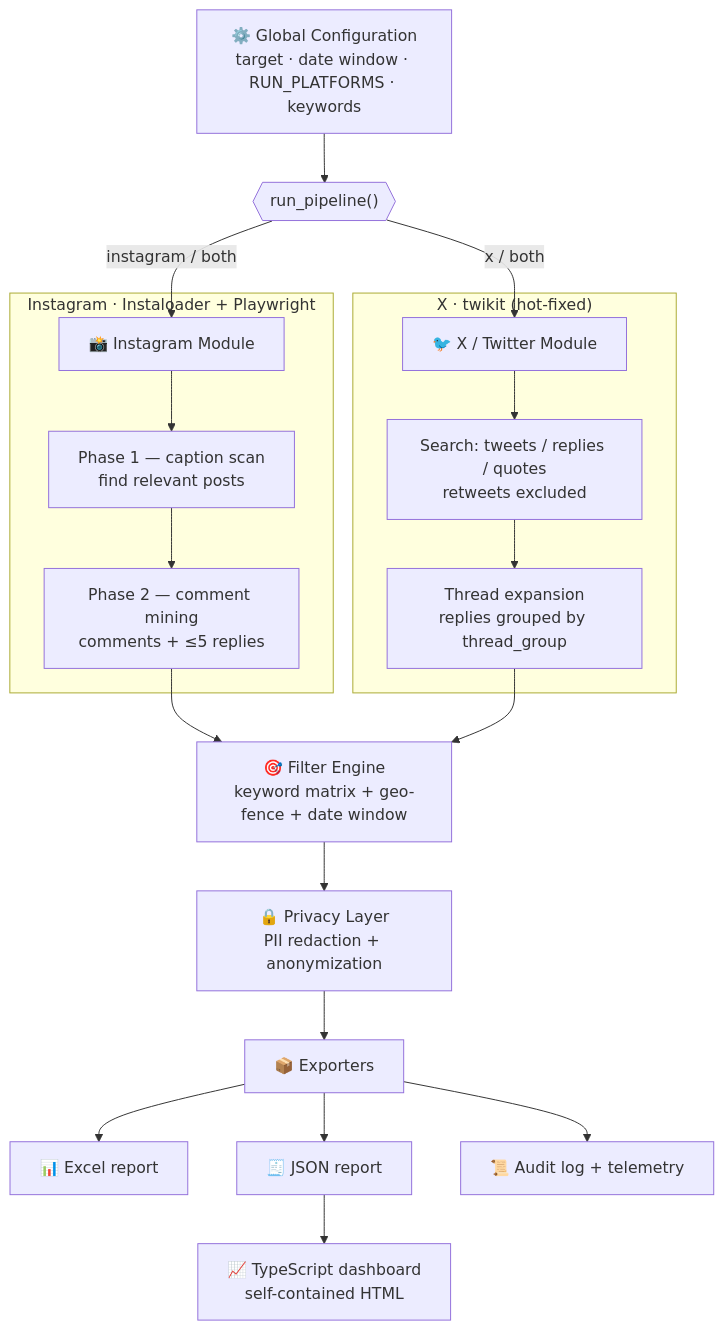
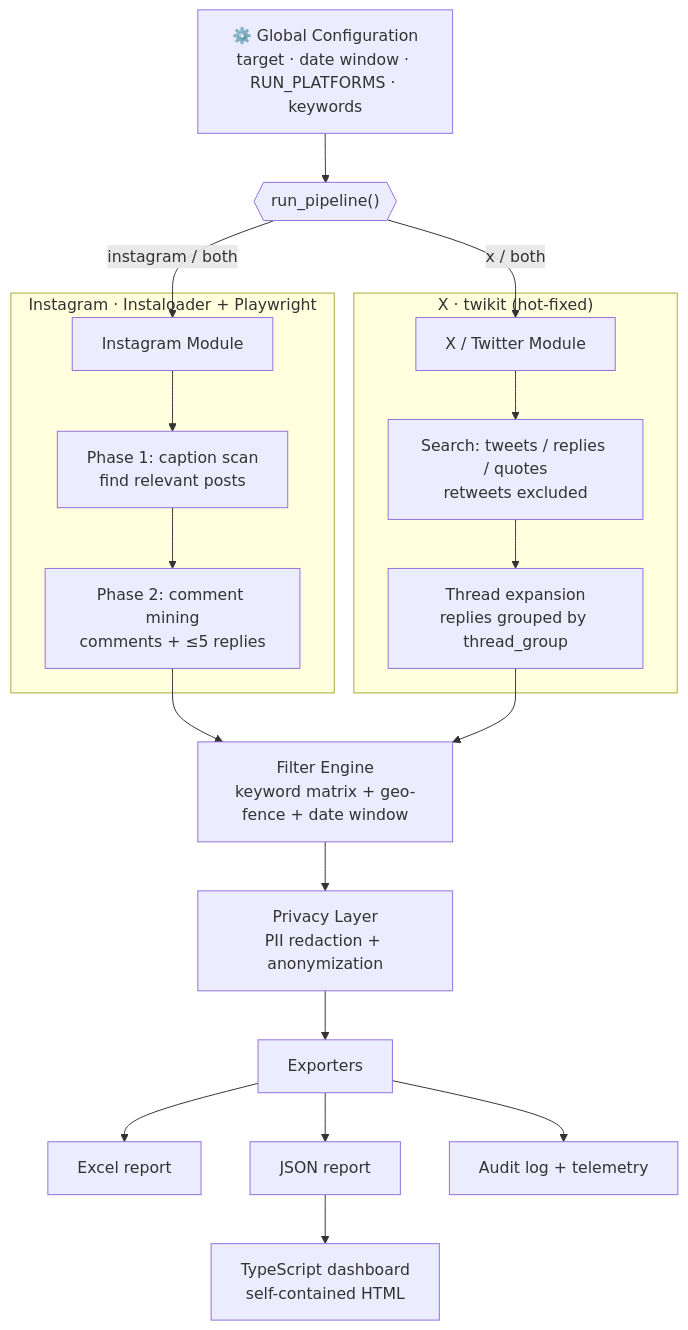
One commit to anasya271-glitch/instagram-x-scraper changed the first of 2 diagrams in README.md. Above: the diagram before and after it, drawn with Mermaid. The commit also changed other lines of this file, not shown here.

````diff
--- a/README.md
+++ b/README.md
@@ -76,26 +76,26 @@
 ```mermaid
 flowchart TD
     A["⚙️ Global Configuration<br/>target · date window · RUN_PLATFORMS · keywords"] --> R{{"run_pipeline()"}}
 
-    R -->|instagram / both| IG["📸 Instagram Module"]
-    R -->|x / both| X["🐦 X / Twitter Module"]
+    R -->|instagram / both| IG["Instagram Module"]
+    R -->|x / both| X["X / Twitter Module"]
 
     subgraph IGP ["Instagram · Instaloader + Playwright"]
-        IG --> IG1["Phase 1 — caption scan<br/>find relevant posts"]
-        IG1 --> IG2["Phase 2 — comment mining<br/>comments + ≤5 replies"]
+        IG --> IG1["Phase 1: caption scan<br/>find relevant posts"]
+        IG1 --> IG2["Phase 2: comment mining<br/>comments + ≤5 replies"]
     end
 
     subgraph XP ["X · twikit (hot-fixed)"]
         X --> X1["Search: tweets / replies / quotes<br/>retweets excluded"]
         X1 --> X2["Thread expansion<br/>replies grouped by thread_group"]
     end
 
-    IG2 --> F["🎯 Filter Engine<br/>keyword matrix + geo-fence + date window"]
+    IG2 --> F["Filter Engine<br/>keyword matrix + geo-fence + date window"]
     X2 --> F
-    F --> P["🔒 Privacy Layer<br/>PII redaction + anonymization"]
-    P --> O["📦 Exporters"]
-    O --> XLSX["📊 Excel report"]
-    O --> JSON["🧾 JSON report"]
-    O --> LOG["📜 Audit log + telemetry"]
-    JSON --> DASH["📈 TypeScript dashboard<br/>self-contained HTML"]
+    F --> P["Privacy Layer<br/>PII redaction + anonymization"]
+    P --> O["Exporters"]
+    O --> XLSX["Excel report"]
+    O --> JSON["JSON report"]
+    O --> LOG["Audit log + telemetry"]
+    JSON --> DASH["TypeScript dashboard<br/>self-contained HTML"]
 ```
````
